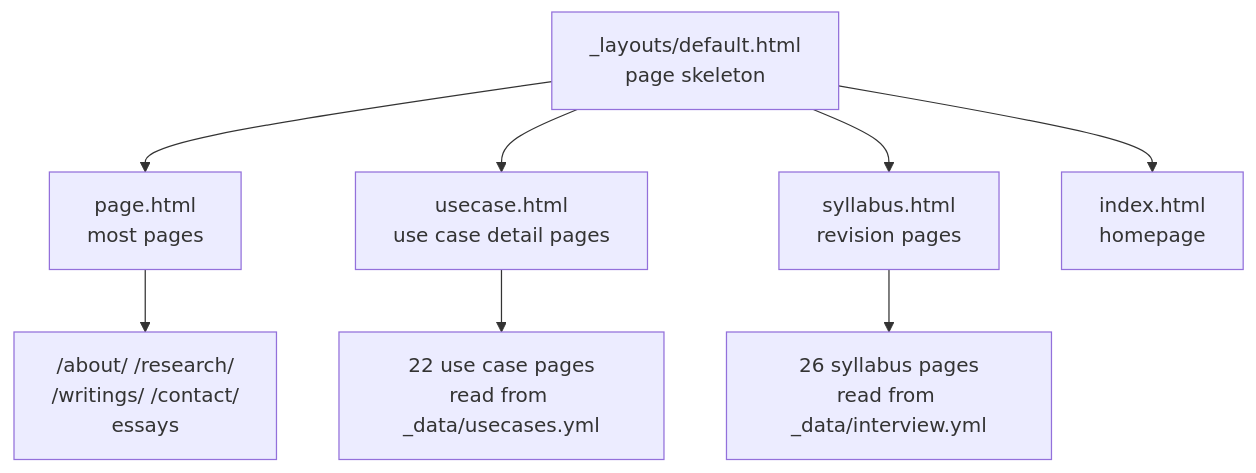
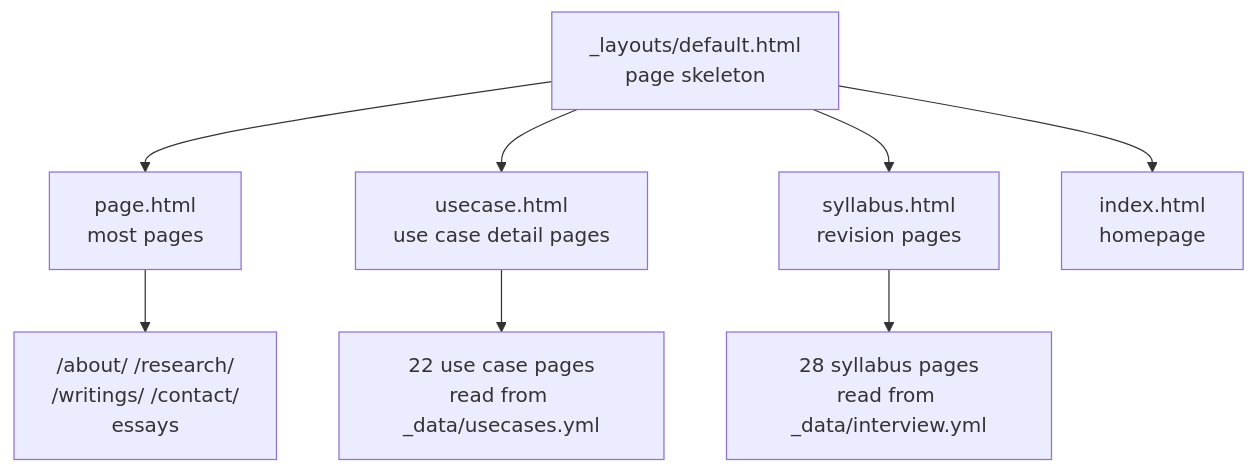
Before and after one commit to Feliren88/feliren88.github.io: the second of 4 diagrams in README.md, drawn with Mermaid. The commit also changed other lines of this file and 57 other files, not shown here.

````diff
--- a/README.md
+++ b/README.md
@@ -27,12 +27,12 @@
 ```mermaid
 flowchart TD
     D["_layouts/default.html<br/>page skeleton"]
     D --> P["page.html<br/>most pages"]
     D --> U["usecase.html<br/>use case detail pages"]
     D --> S["syllabus.html<br/>revision pages"]
     D --> I["index.html<br/>homepage"]
 
     P --> P1["/about/ /research/<br/>/writings/ /contact/<br/>essays"]
     U --> U1["22 use case pages<br/>read from _data/usecases.yml"]
-    S --> S1["26 syllabus pages<br/>read from _data/interview.yml"]
+    S --> S1["28 syllabus pages<br/>read from _data/interview.yml"]
 ```
````
